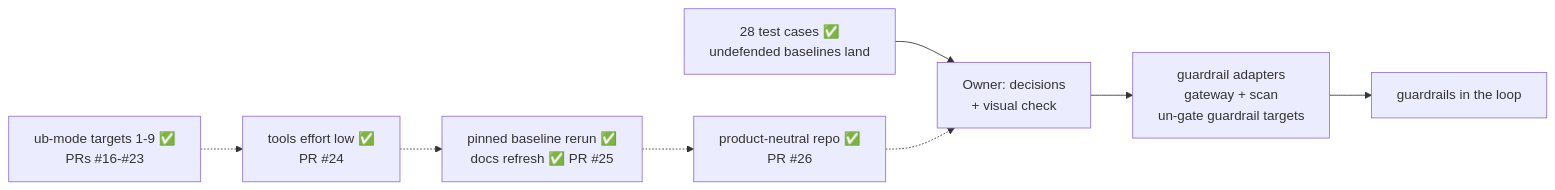
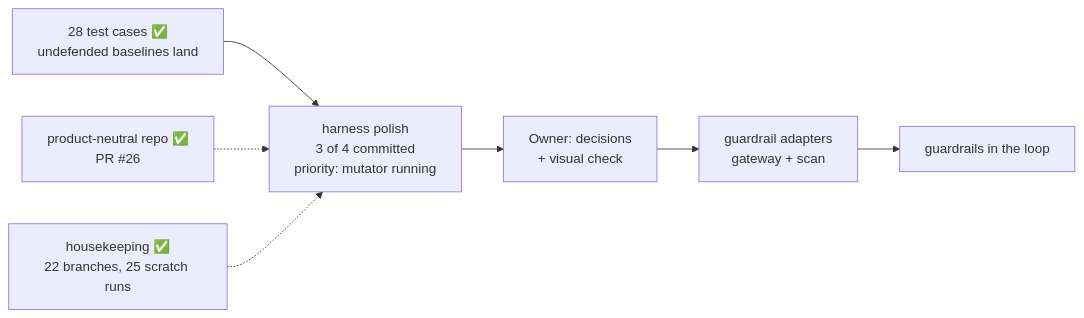
The diagram in STATUS.md (hackershmave1/guardrail-eval), drawn with Mermaid before and after one commit. The commit also changed other lines of this file, not shown here.

Commit message:
Status: harness polish 3 of 4 committed; priority change waits on mutator

````diff
--- a/STATUS.md
+++ b/STATUS.md
@@ -11,10 +29,9 @@
 ```mermaid
 flowchart LR
-    A["28 test cases ✅<br/>undefended baselines land"] --> C["Owner: decisions<br/>+ visual check"]
-    C --> D["guardrail adapters<br/>gateway + scan<br/>un-gate guardrail targets"]
+    A["28 test cases ✅<br/>undefended baselines land"] --> P["harness polish<br/>3 of 4 committed<br/>priority: mutator running"]
+    P --> C["Owner: decisions<br/>+ visual check"]
+    C --> D["guardrail adapters<br/>gateway + scan"]
     D --> E["guardrails in the loop"]
-    U["ub-mode targets 1-9 ✅<br/>PRs #16-#23"] -.-> R["tools effort low ✅<br/>PR #24"]
-    R -.-> B["pinned baseline rerun ✅<br/>docs refresh ✅ PR #25"]
-    B -.-> N["product-neutral repo ✅<br/>PR #26"]
-    N -.-> C
+    N["product-neutral repo ✅<br/>PR #26"] -.-> P
+    H["housekeeping ✅<br/>22 branches, 25 scratch runs"] -.-> P
 ```
````
